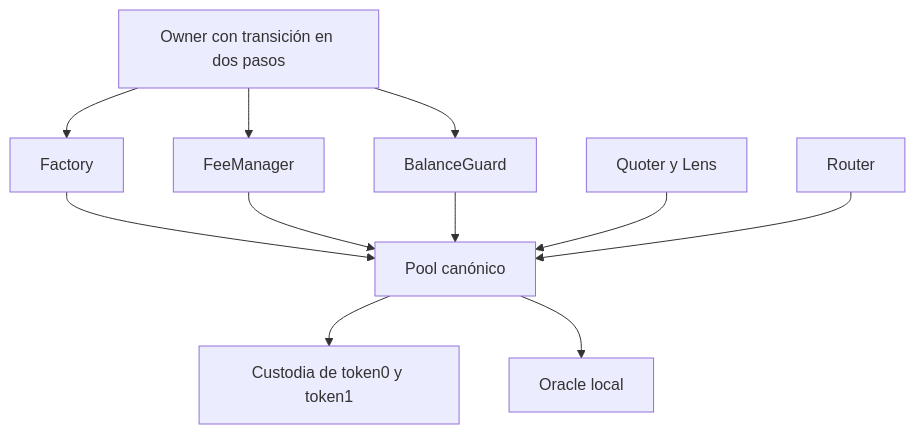
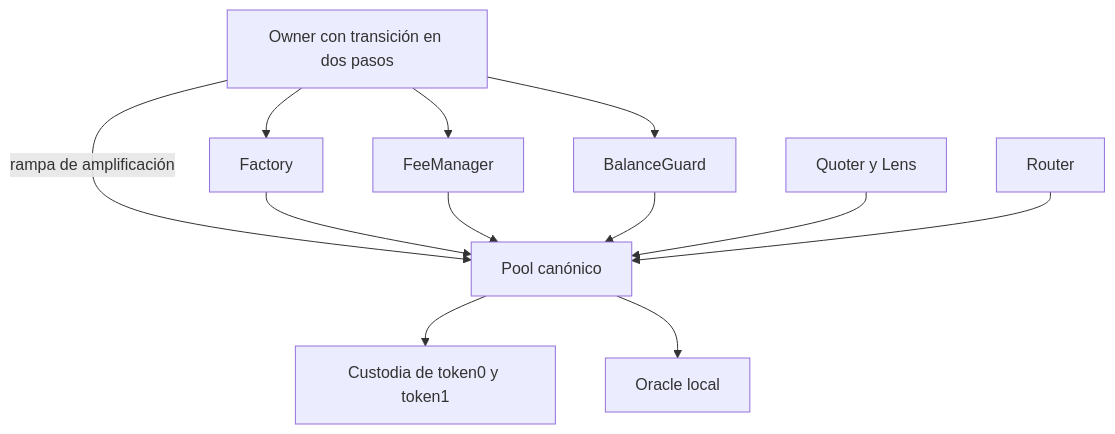
The first of 3 diagrams in SECURITY.md (SolguardLabs/LumenSwapProtocol), drawn with Mermaid before and after one commit. The commit also changed other lines of this file and 13 other files, not shown here.

````diff
--- a/SECURITY.md
+++ b/SECURITY.md
@@ -16,13 +17,14 @@
 ```mermaid
 flowchart TB
     GOV[Owner con transición en dos pasos] --> F[Factory]
     GOV --> FM[FeeManager]
     GOV --> BG[BalanceGuard]
+    GOV -->|rampa de amplificación| P
     F --> P[Pool canónico]
     FM --> P
     BG --> P
     P --> C[Custodia de token0 y token1]
     P --> O[Oracle local]
     Q[Quoter y Lens] --> P
     R[Router] --> P
 ```
````
